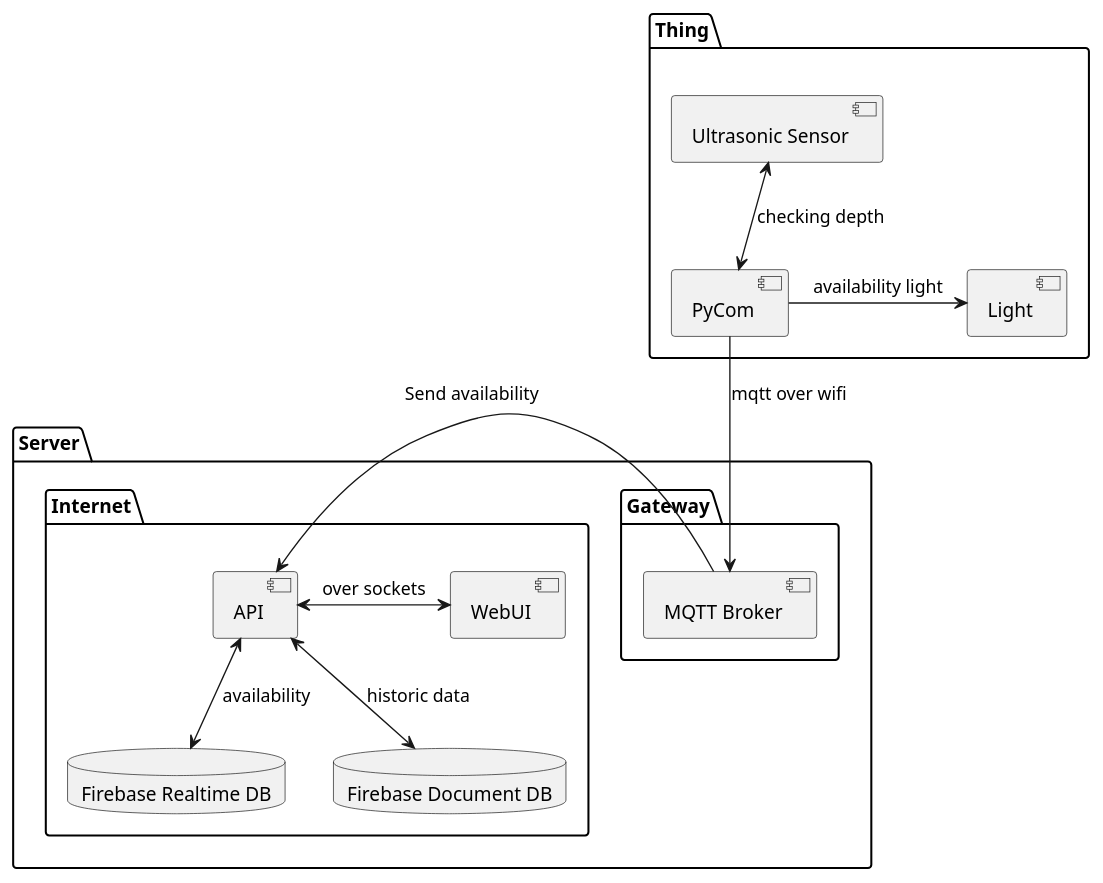
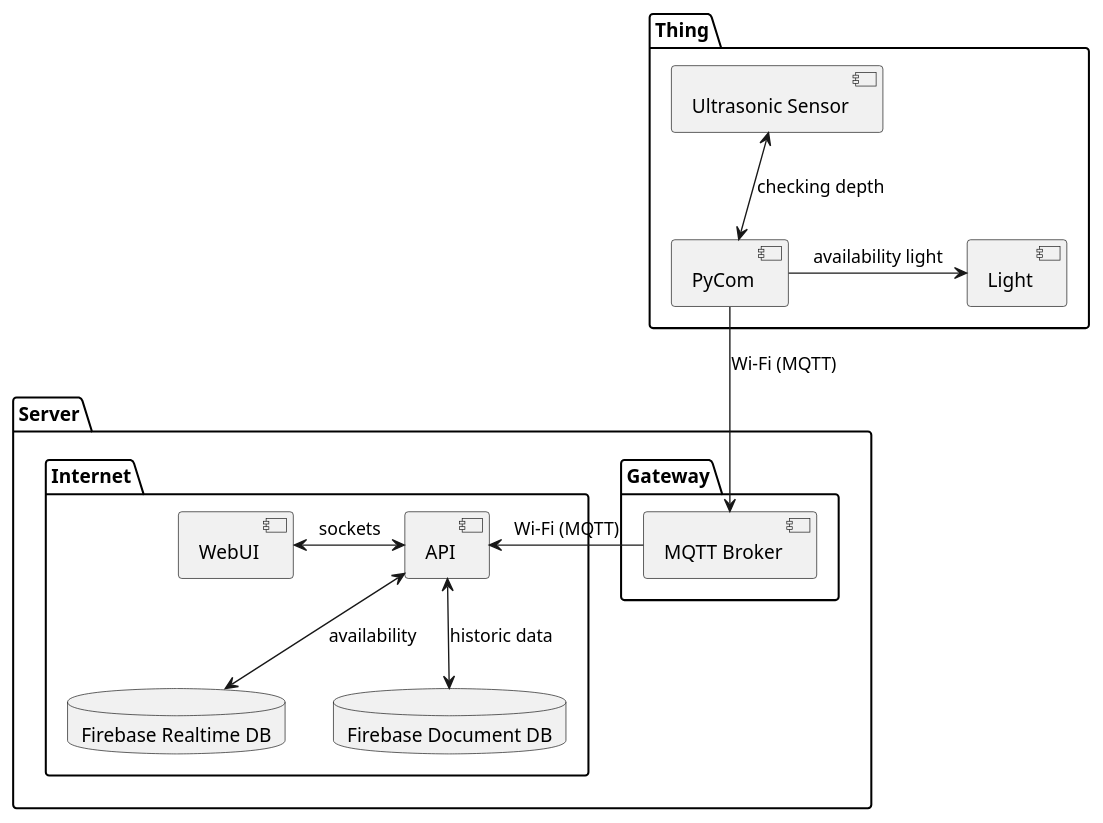
One commit to JBrO910/find-my-spot-piot changed the diagram in docs/architecture.puml. Above: the diagram before and after it, drawn with PlantUML. The commit also changed 3 other files, not shown here.

```diff
--- a/docs/architecture.puml
+++ b/docs/architecture.puml
@@ -1,37 +1,37 @@
 @startuml
 
 package Thing {
     component "Ultrasonic Sensor" as sensor
     component "PyCom" as py
     component "Light" as actuator
 
     sensor <-d-> py : checking depth
     actuator <-l- py : availability light
 }
 
 package Server {
 
 package Gateway {
     component "MQTT Broker" as broker
 }
 
-py --> broker : mqtt over wifi
+py --> broker : Wi-Fi (MQTT)
 
 package Internet {
     database "Firebase Realtime DB" as realtimedb
     database "Firebase Document DB" as documentdb
 
     component API as api
 
     component WebUI as web
 
-    api <-r-> web : over sockets
+    api <-l-> web : sockets
     api <-d-> realtimedb : availability
     api <-d-> documentdb : historic data
 }
 
-broker -r-> api : Send availability
+broker -l-> api : Wi-Fi (MQTT)
 
 }
 
 @enduml
```
